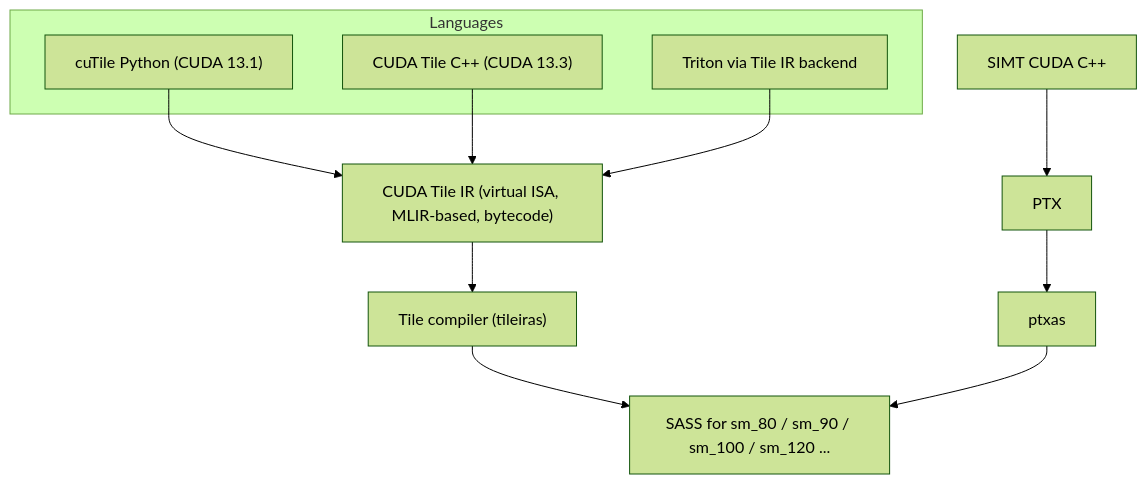
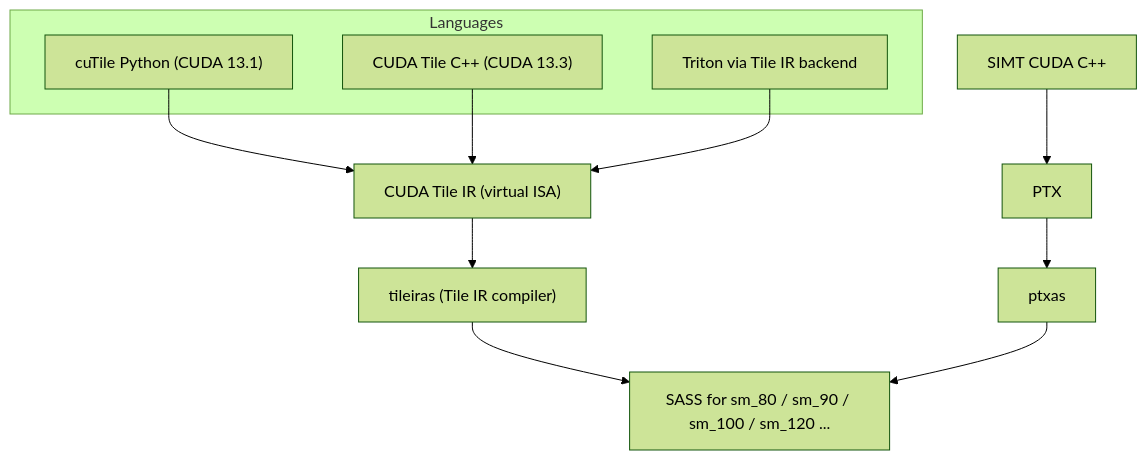
The first of 3 diagrams in GPU Programming/Compilers & Languages/CUDA Tile and cuTile/CUDA Tile and cuTile.md (ImRuliad/Library-of-Alexandria), drawn with Mermaid (forest theme) before and after one commit. The commit also changed other lines of this file, not shown here.

Commit message:
CUDA Tile and cuTile: fact-check pass (status: complete)

````diff
--- a/GPU Programming/Compilers & Languages/CUDA Tile and cuTile/CUDA Tile and cuTile.md
+++ b/GPU Programming/Compilers & Languages/CUDA Tile and cuTile/CUDA Tile and cuTile.md
@@ -95,14 +96,14 @@
 ```mermaid
 flowchart TB
     subgraph Languages
         PY["cuTile Python (CUDA 13.1)"]
         CPP["CUDA Tile C++ (CUDA 13.3)"]
         TRI["Triton via Tile IR backend"]
     end
-    PY --> IR["CUDA Tile IR (virtual ISA, MLIR-based, bytecode)"]
+    PY --> IR["CUDA Tile IR (virtual ISA)"]
     CPP --> IR
     TRI --> IR
-    IR --> TC["Tile compiler (tileiras)"]
+    IR --> TC["tileiras (Tile IR compiler)"]
     TC --> SASS["SASS for sm_80 / sm_90 / sm_100 / sm_120 ..."]
     SIMT["SIMT CUDA C++"] --> PTX["PTX"] --> PTXAS["ptxas"] --> SASS
 ```
````
